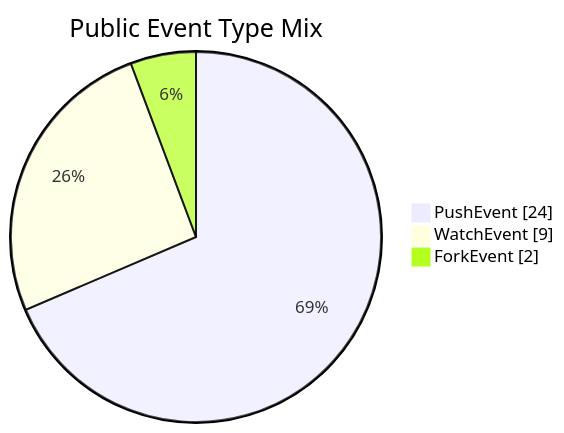
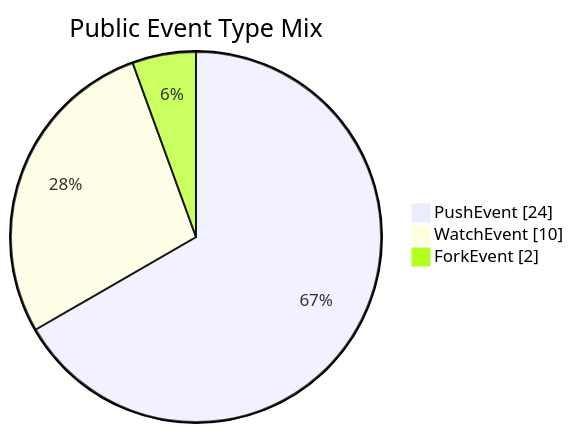
One commit to manhquydev/manhquydev changed the second of 2 diagrams in README.md. Above: the diagram before and after it, drawn with Mermaid. The commit also changed other lines of this file and 4 other files, not shown here.

````diff
--- a/README.md
+++ b/README.md
@@ -136,7 +136,7 @@
 ```mermaid
 pie showData
   title Public Event Type Mix
   "PushEvent" : 24
-  "WatchEvent" : 9
+  "WatchEvent" : 10
   "ForkEvent" : 2
 ```
````
